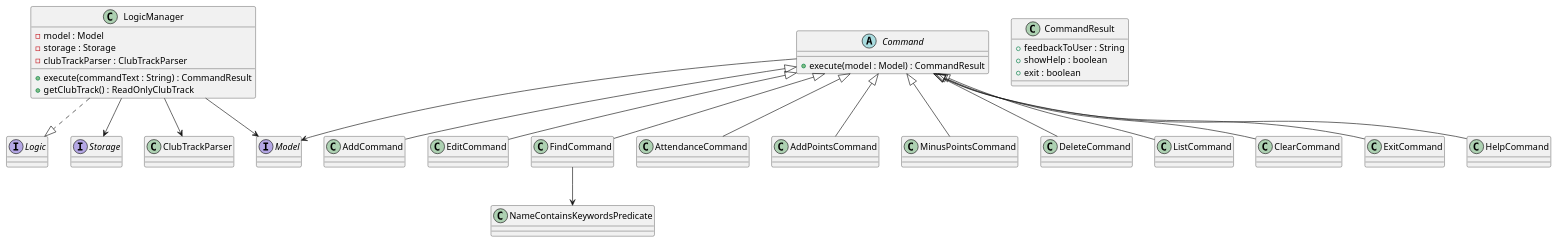
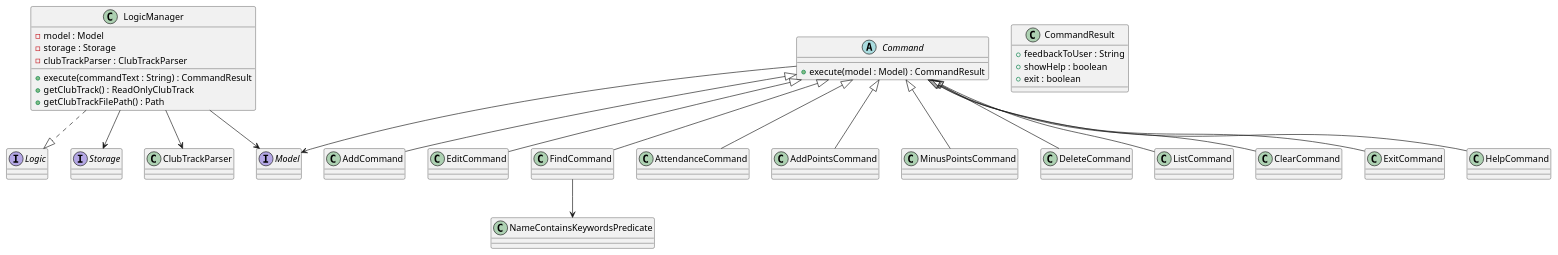
One commit to javierchuaby/tp changed the diagram in docs/diagrams/LogicClassDiagram.puml. Above: the diagram before and after it, drawn with PlantUML. The commit also changed 7 other files, not shown here.

Commit message:
Improve UML diagram

```diff
--- a/docs/diagrams/LogicClassDiagram.puml
+++ b/docs/diagrams/LogicClassDiagram.puml
@@ -1,64 +1,65 @@
 @startuml
 
 ' ===== Logic slice: Commands + LogicManager =====
 
 interface Logic
 
 interface Model
 
 abstract class Command {
 + execute(model : Model) : CommandResult
 }
 
 class CommandResult {
 + feedbackToUser : String
 + showHelp : boolean
 + exit : boolean
 }
 
 class LogicManager {
 - model : Model
 - storage : Storage
 - clubTrackParser : ClubTrackParser
 + execute(commandText : String) : CommandResult
 + getClubTrack() : ReadOnlyClubTrack
++ getClubTrackFilePath() : Path
 }
 
 class AddCommand
 class EditCommand
 class FindCommand
 class AttendanceCommand
 class AddPointsCommand
 class MinusPointsCommand
 class DeleteCommand
 class ListCommand
 class ClearCommand
 class ExitCommand
 class HelpCommand
 
 ' Command hierarchy
 Command <|-- AddCommand
 Command <|-- EditCommand
 Command <|-- FindCommand
 Command <|-- AttendanceCommand
 Command <|-- AddPointsCommand
 Command <|-- MinusPointsCommand
 Command <|-- DeleteCommand
 Command <|-- ListCommand
 Command <|-- ClearCommand
 Command <|-- ExitCommand
 Command <|-- HelpCommand
 
 interface Storage
 class ClubTrackParser
 class NameContainsKeywordsPredicate
 
 ' Relationships
 LogicManager ..|> Logic
 Command --> Model
 LogicManager --> ClubTrackParser
 LogicManager --> Storage
 LogicManager --> Model
 FindCommand --> NameContainsKeywordsPredicate
 
 @enduml
```
